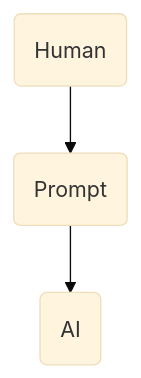
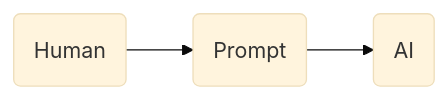
One commit to astampedcarton/aiGL changed the first of 2 diagrams in README.md. Above: the diagram before and after it, drawn with Mermaid (base theme). The commit also changed other lines of this file and 3 other files, not shown here.

````diff
--- a/README.md
+++ b/README.md
@@ -18,4 +18,4 @@
 ```mermaid
-flowchart TD
+flowchart LR
   h(Human)-->i(Prompt)-->A(AI)
 ```
````
